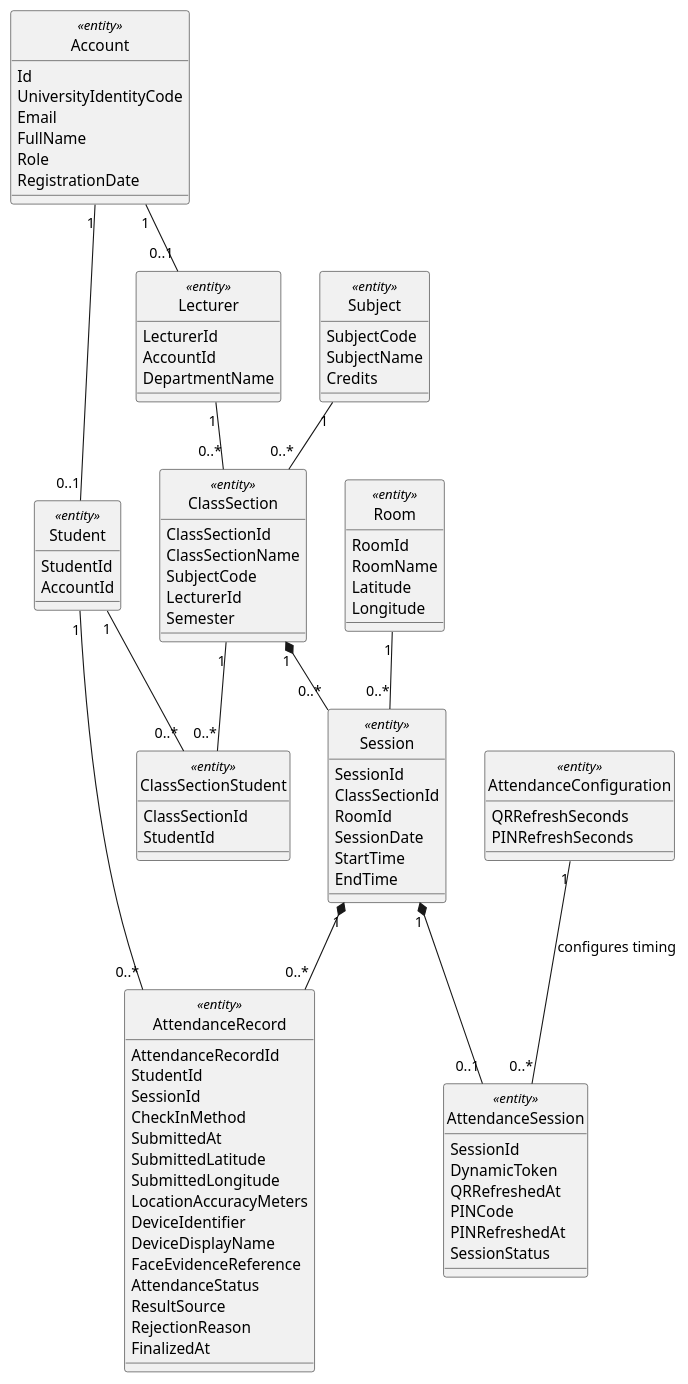
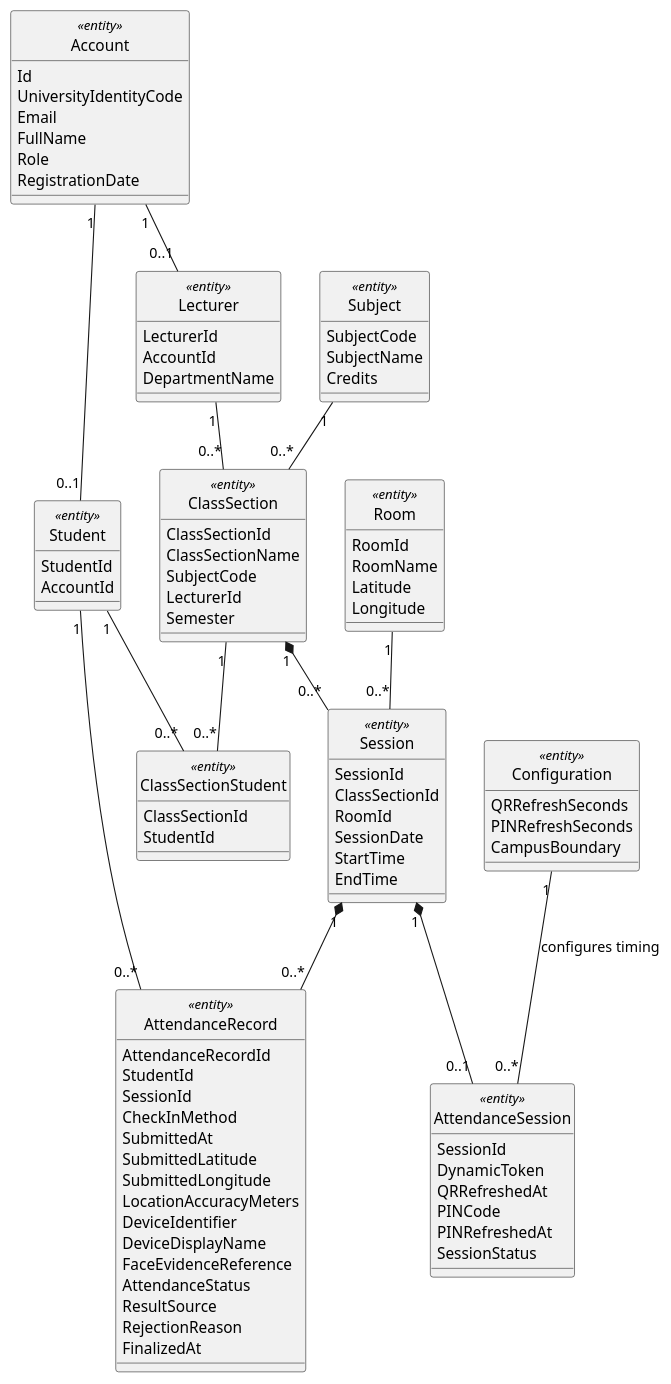
One commit to nttung42/SWD392 changed the first of 26 diagrams in docs/rds/2_Analysis.md. Above: the diagram before and after it, drawn with PlantUML. The commit also changed other lines of this file and 2 other files, not shown here.

````diff
--- a/docs/rds/2_Analysis.md
+++ b/docs/rds/2_Analysis.md
@@ -81,9 +81,10 @@
   SessionStatus
 }
 
-class "AttendanceConfiguration" as AttendanceConfig <<entity>> {
+class "Configuration" as Configuration <<entity>> {
   QRRefreshSeconds
   PINRefreshSeconds
+  CampusBoundary
 }
 
 class "AttendanceRecord" as AttendanceRecord <<entity>> {
@@ -115,6 +116,6 @@
 Session "1" *-- "0..1" AttendanceSession
 Session "1" *-- "0..*" AttendanceRecord
 Student "1" -- "0..*" AttendanceRecord
-AttendanceConfig "1" -- "0..*" AttendanceSession : configures timing
+Configuration "1" -- "0..*" AttendanceSession : configures timing
 @enduml
 ```
````
